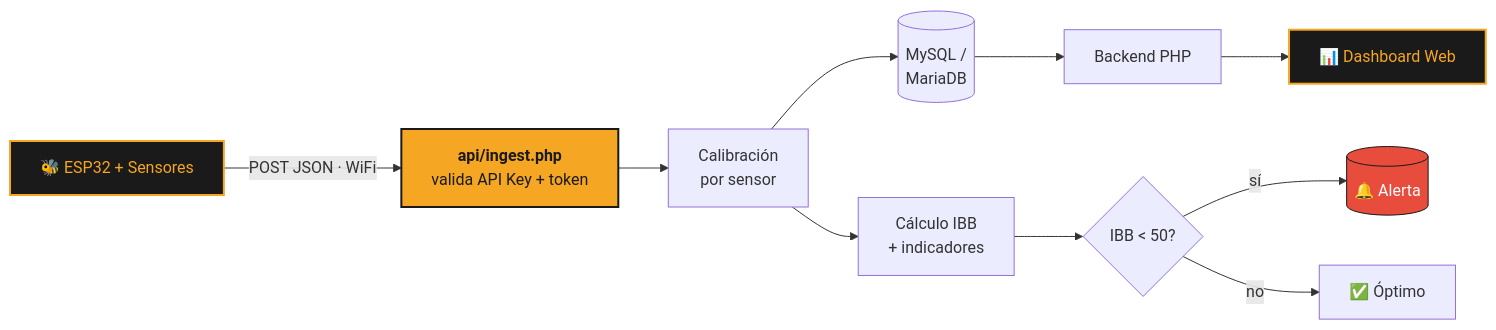
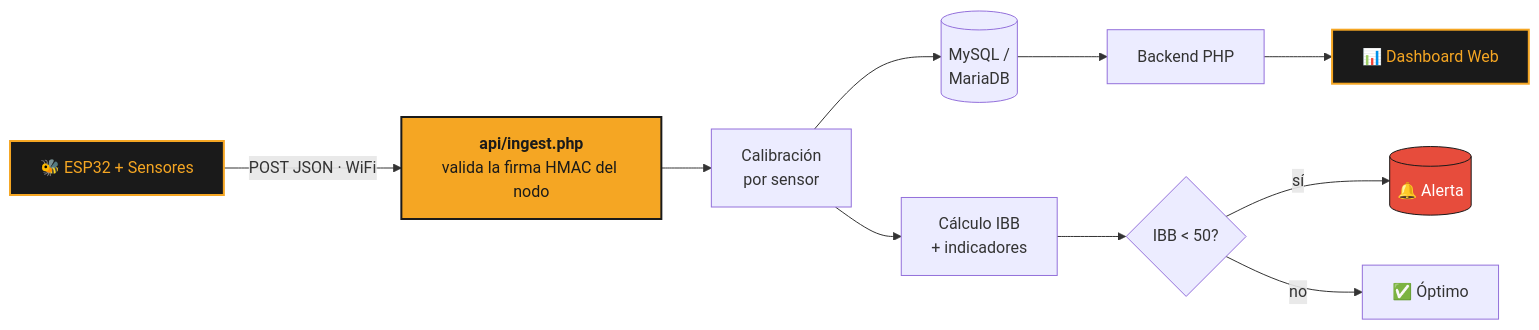
Before and after one commit to jeronimoparra-ai/BeeStation_Sena: the first of 2 diagrams in README.md, drawn with Mermaid. The commit also changed other lines of this file and 18 other files, not shown here.

````diff
--- a/README.md
+++ b/README.md
@@ -45,17 +45,17 @@
 ```mermaid
 flowchart LR
-    A["🐝 ESP32 + Sensores"] -->|"POST JSON · WiFi"| B["<b>api/ingest.php</b><br/>valida API Key + token"]
+    A["🐝 ESP32 + Sensores"] -->|"POST JSON · WiFi"| B["<b>api/ingest.php</b><br/>valida la firma HMAC del nodo"]
     B --> C["Calibración<br/>por sensor"]
     C --> D[(MySQL /<br/>MariaDB)]
     C --> E["Cálculo IBB<br/>+ indicadores"]
     E --> F{"IBB < 50?"}
     F -->|"sí"| G[("🔔 Alerta")]
     F -->|"no"| H["✅ Óptimo"]
     D --> I["Backend PHP"]
     I --> J["📊 Dashboard Web"]
 
     style A fill:#1a1a1a,stroke:#F5A623,color:#F5A623,stroke-width:2px
     style B fill:#F5A623,stroke:#1a1a1a,color:#1a1a1a,stroke-width:2px
     style G fill:#e74c3c,stroke:#1a1a1a,color:#fff
     style J fill:#1a1a1a,stroke:#F5A623,color:#F5A623,stroke-width:2px
 ```
````
